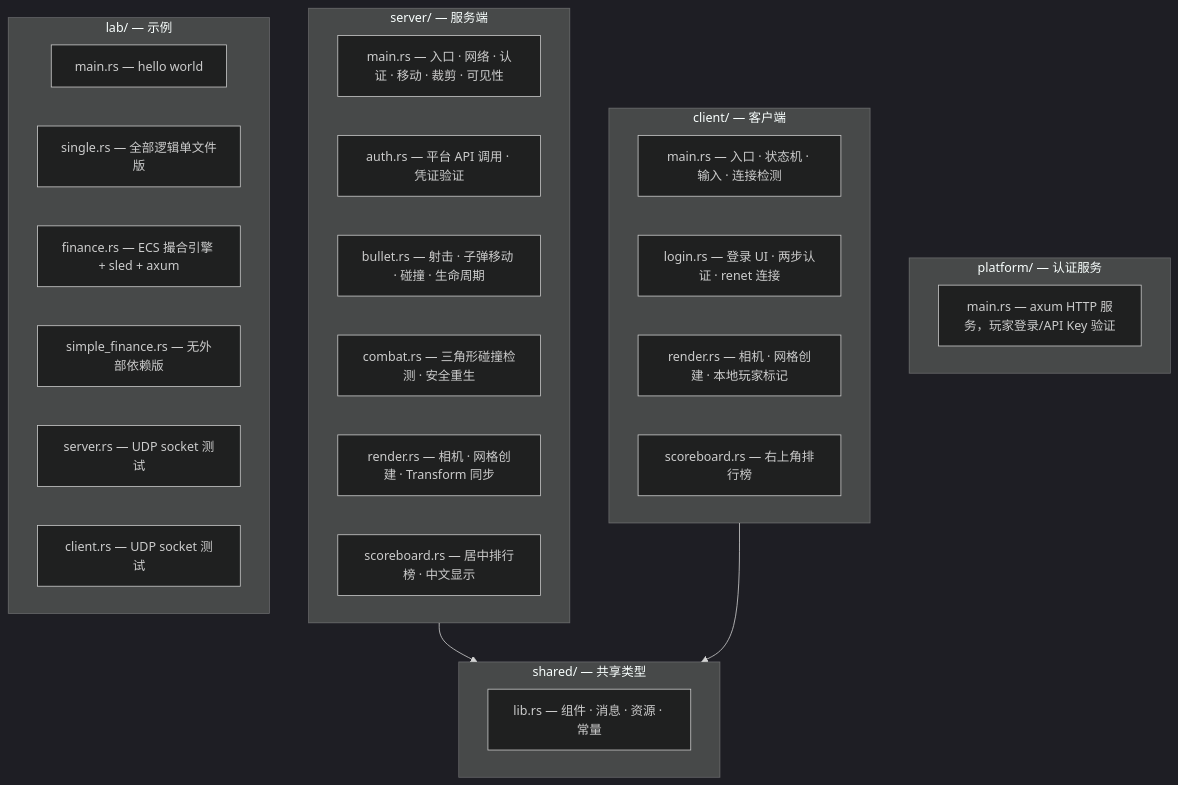
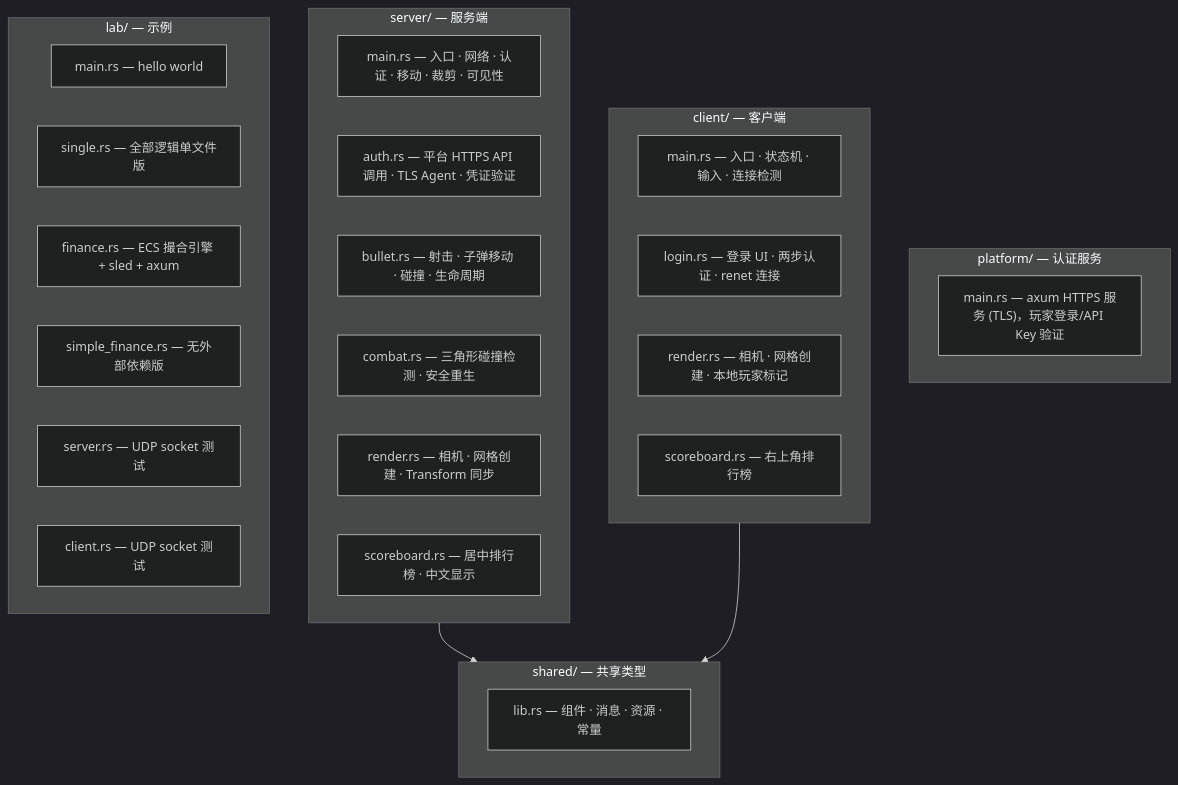
One commit to kindywu/simple_bevy changed the first of 4 diagrams in LEARN.md. Above: the diagram before and after it, drawn with Mermaid (dark theme). The commit also changed other lines of this file and 2 other files, not shown here.

````diff
--- a/LEARN.md
+++ b/LEARN.md
@@ -7,38 +7,38 @@
 ```mermaid
 graph TB
     subgraph Platform["platform/ — 认证服务"]
-        P_MAIN["main.rs — axum HTTP 服务，玩家登录/API Key 验证"]
+        P_MAIN["main.rs — axum HTTPS 服务 (TLS)，玩家登录/API Key 验证"]
     end
 
     subgraph Shared["shared/ — 共享类型"]
         SHARED["lib.rs — 组件 · 消息 · 资源 · 常量"]
     end
 
     subgraph Server["server/ — 服务端"]
         S_MAIN["main.rs — 入口 · 网络 · 认证 · 移动 · 裁剪 · 可见性"]
-        S_AUTH["auth.rs — 平台 API 调用 · 凭证验证"]
+        S_AUTH["auth.rs — 平台 HTTPS API 调用 · TLS Agent · 凭证验证"]
         S_BULLET["bullet.rs — 射击 · 子弹移动 · 碰撞 · 生命周期"]
         S_COMBAT["combat.rs — 三角形碰撞检测 · 安全重生"]
         S_RENDER["render.rs — 相机 · 网格创建 · Transform 同步"]
         S_SCORE["scoreboard.rs — 居中排行榜 · 中文显示"]
     end
 
     subgraph Client["client/ — 客户端"]
         C_MAIN["main.rs — 入口 · 状态机 · 输入 · 连接检测"]
         C_LOGIN["login.rs — 登录 UI · 两步认证 · renet 连接"]
         C_RENDER["render.rs — 相机 · 网格创建 · 本地玩家标记"]
         C_SCORE["scoreboard.rs — 右上角排行榜"]
     end
 
     subgraph Lab["lab/ — 示例"]
         LAB_MAIN["main.rs — hello world"]
         LAB_SINGLE["single.rs — 全部逻辑单文件版"]
         LAB_FINANCE["finance.rs — ECS 撮合引擎 + sled + axum"]
         LAB_SIMPLE_FINANCE["simple_finance.rs — 无外部依赖版"]
         LAB_SERVER["server.rs — UDP socket 测试"]
         LAB_CLIENT["client.rs — UDP socket 测试"]
     end
 
     Server --> Shared
     Client --> Shared
 ```
````
